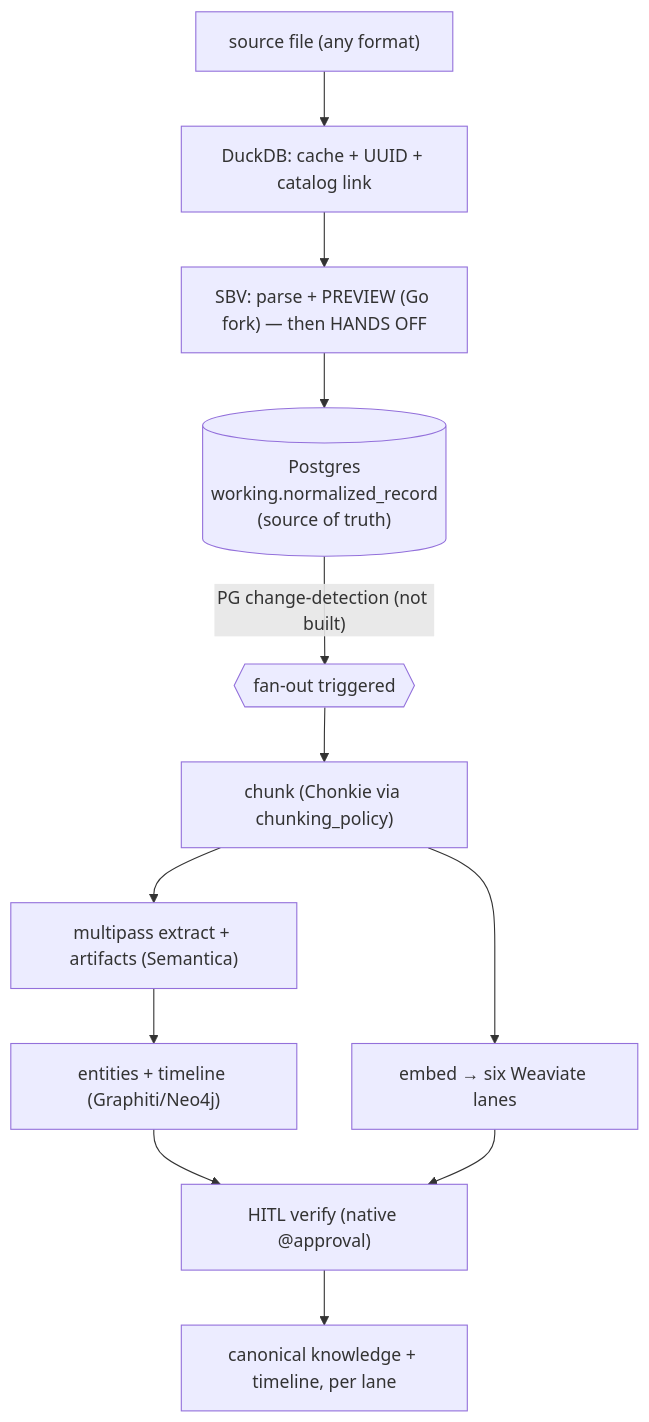
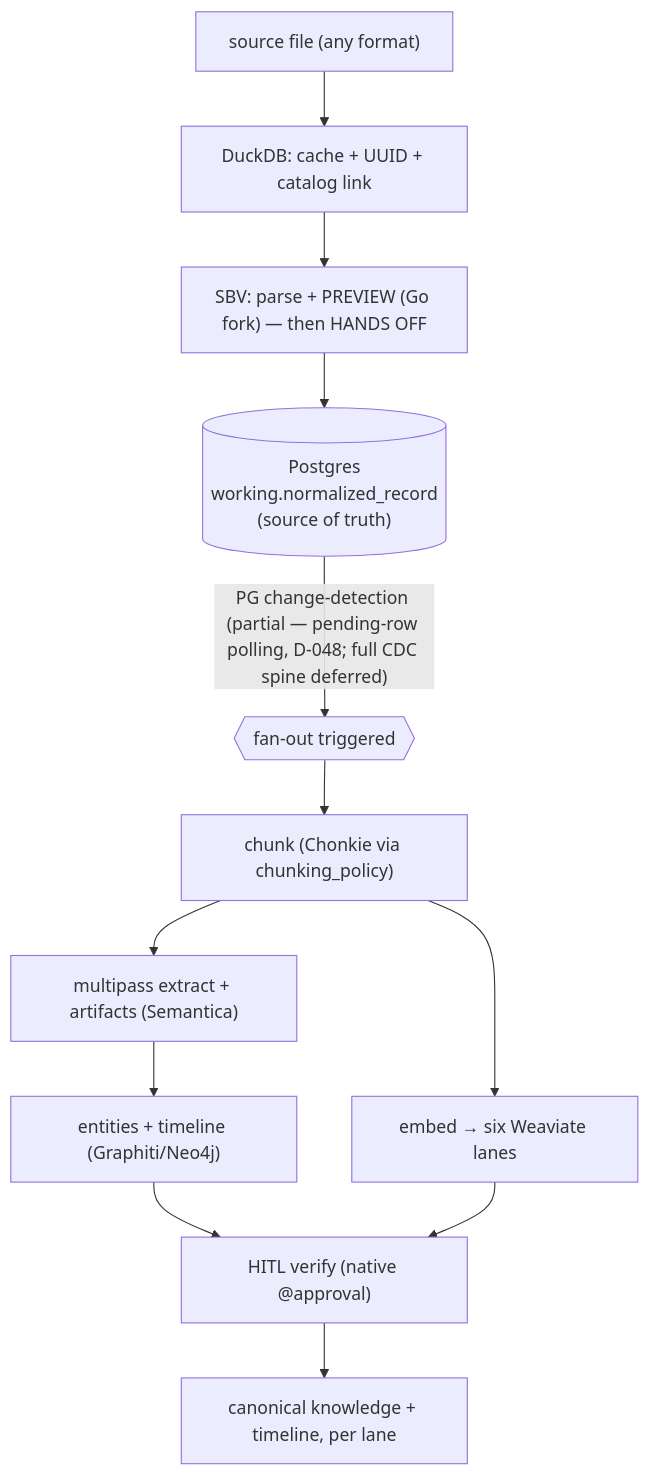
One commit to Cursedpotential/mcp-platform-agno-mvp changed the second of 4 diagrams in docs/blueprint/architecture.md. Above: the diagram before and after it, drawn with Mermaid. The commit also changed other lines of this file and 21 other files, not shown here.

````diff
--- a/docs/blueprint/architecture.md
+++ b/docs/blueprint/architecture.md
@@ -42,15 +43,17 @@
 ```mermaid
 flowchart TB
     F["source file (any format)"] --> DD["DuckDB: cache + UUID + catalog link"]
     DD --> SBV["SBV: parse + PREVIEW (Go fork) — then HANDS OFF"]
     SBV --> PG[("Postgres<br/>working.normalized_record<br/>(source of truth)")]
-    %% UNVERIFIED: PG change-detection does not exist yet (forward-only, ADR-0051)
-    PG -->|"PG change-detection (not built)"| FAN{{"fan-out triggered"}}
+    %% Updated 2026-08-12 (D-048): partially built — the context lane's change-detection-SHAPED
+    %% consumer (`ingest.context-drain`, pending-row polling) exists; the full trigger/outbox/
+    %% cursor CDC spine stays DEFERRED (ADR-0051 invariant 4; spine design = ADR-0052, queued)
+    PG -->|"PG change-detection (partial — pending-row polling, D-048; full CDC spine deferred)"| FAN{{"fan-out triggered"}}
     FAN --> CH["chunk (Chonkie via chunking_policy)"]
     CH --> EX["multipass extract + artifacts (Semantica)"]
     EX --> EN["entities + timeline (Graphiti/Neo4j)"]
     CH --> WV["embed → six Weaviate lanes"]
     EN --> HITL["HITL verify (native @approval)"]
     WV --> HITL
     HITL --> CANON["canonical knowledge + timeline, per lane"]
 ```
````
